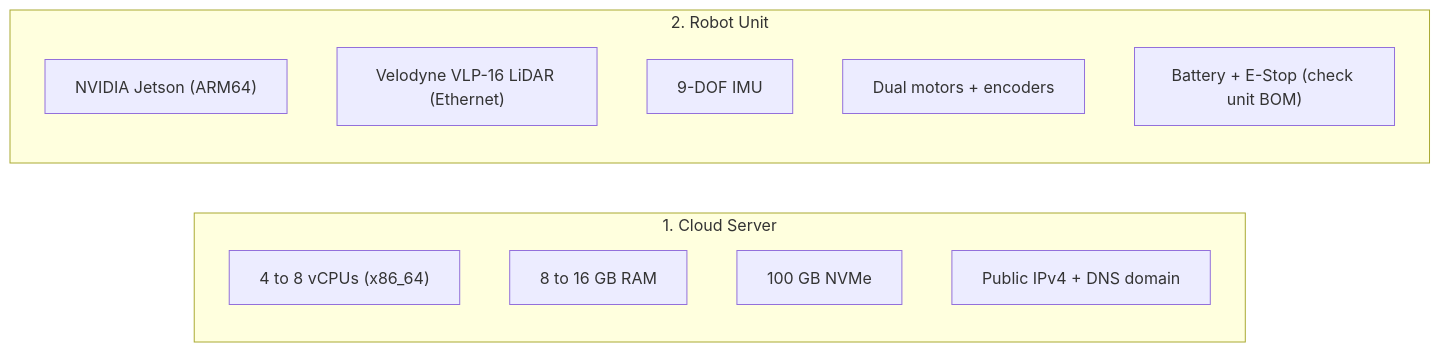
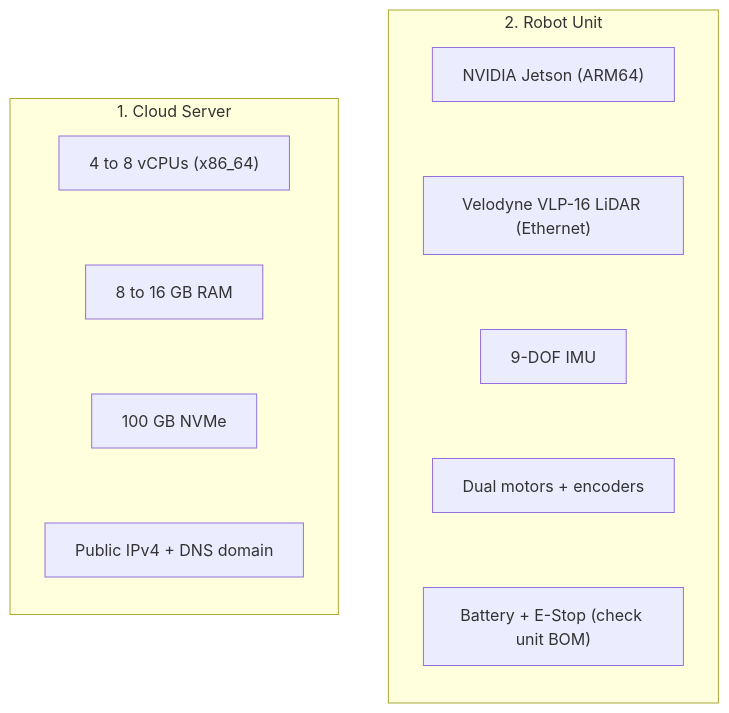
The first of 2 diagrams in docs/setup/prerequisites.md (itbdelaboprogramming/msd700_documentation), drawn with Mermaid before and after one commit. The commit also changed other lines of this file and 340 other files, not shown here.

````diff
--- a/docs/setup/prerequisites.md
+++ b/docs/setup/prerequisites.md
@@ -13,17 +13,23 @@
 ```mermaid
 flowchart LR
   subgraph ServerSpecs["1. Cloud Server"]
+    direction TB
     S_CPU["4 to 8 vCPUs (x86_64)"]
     S_RAM["8 to 16 GB RAM"]
     S_DISK["100 GB NVMe"]
     S_NET["Public IPv4 + DNS domain"]
   end
 
   subgraph UnitSpecs["2. Robot Unit"]
+    direction TB
     U_SBC["NVIDIA Jetson (ARM64)"]
     U_LIDAR["Velodyne VLP-16 LiDAR (Ethernet)"]
     U_IMU["9-DOF IMU"]
     U_MOTOR["Dual motors + encoders"]
     U_BAT["Battery + E-Stop (check unit BOM)"]
   end
+
+  S_CPU ~~~ S_RAM ~~~ S_DISK ~~~ S_NET
+  U_SBC ~~~ U_LIDAR ~~~ U_IMU ~~~ U_MOTOR ~~~ U_BAT
+  ServerSpecs ~~~ UnitSpecs
 ```
````
